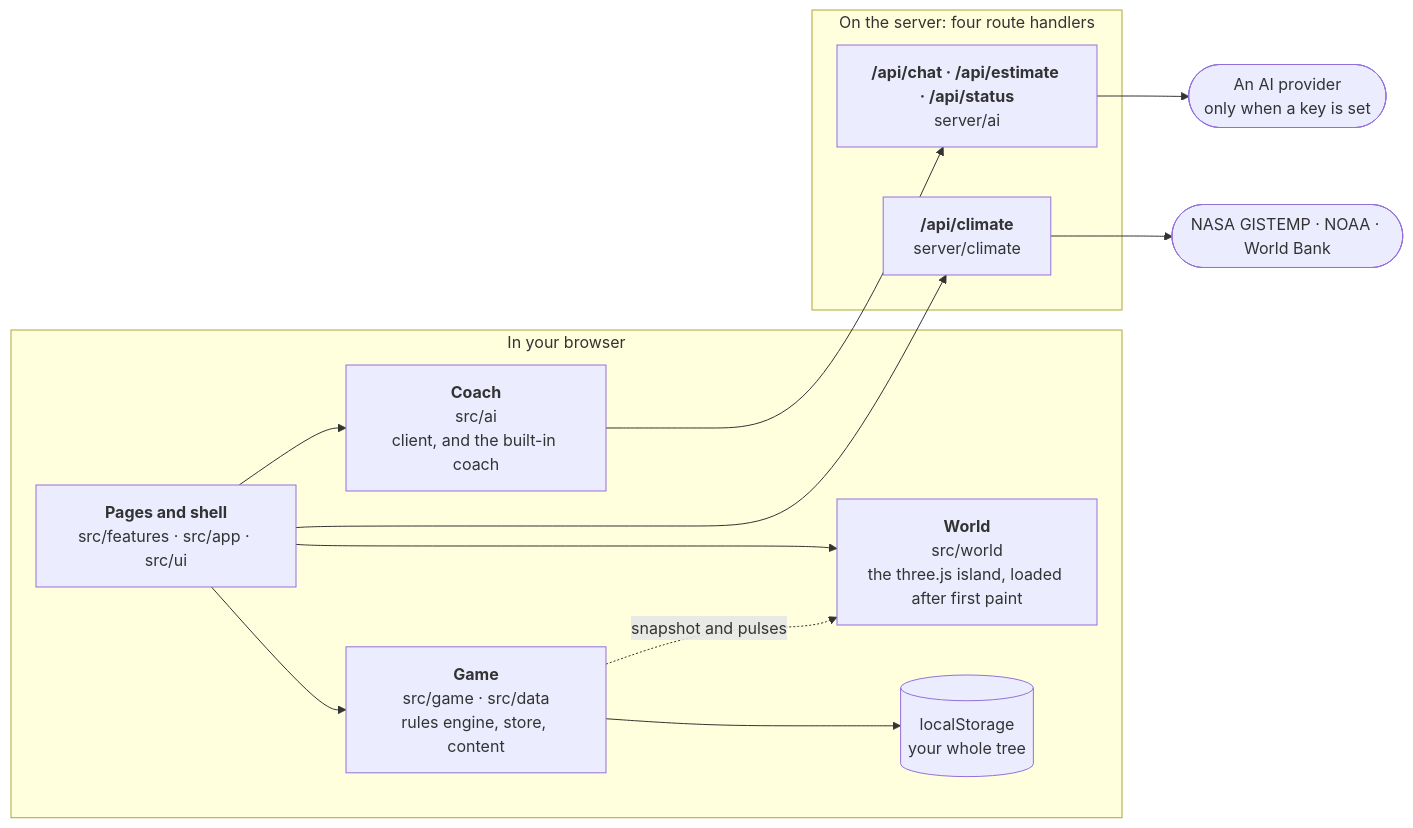
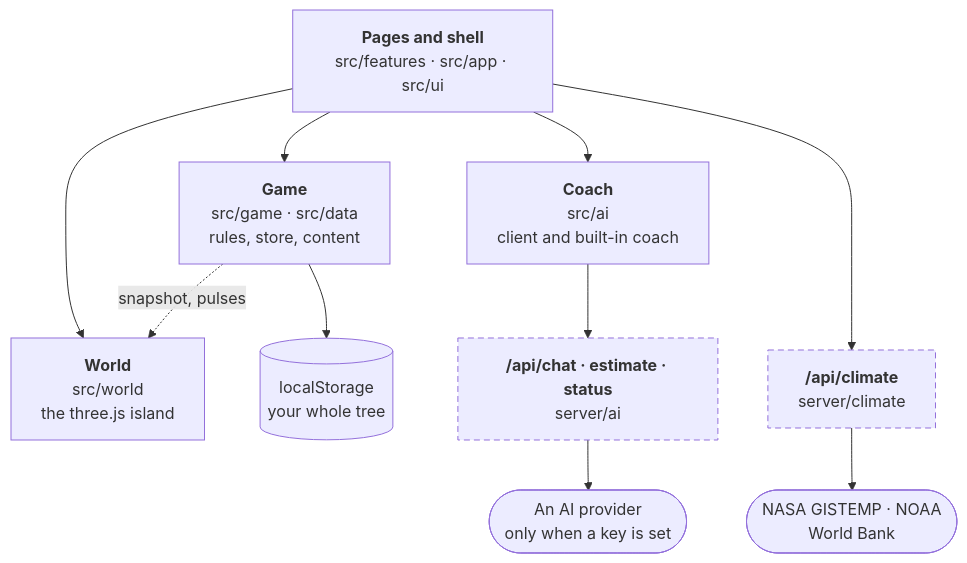
Before and after one commit to shubhamjh15/touch-grass: the second of 2 diagrams in README.md, drawn with Mermaid. The commit also changed other lines of this file, not shown here.

Commit message:
docs(readme): diagrams that stay legible at the width GitHub gives them
GitHub draws mermaid at the README's column width and re-wraps long labels, which made
the layer diagram too small to read. Both diagrams now use short lines; the layers are
three plain rows, with the server's route handlers drawn dashed.

````diff
--- a/README.md
+++ b/README.md
@@ -301,26 +301,25 @@
 ```mermaid
-flowchart LR
-    subgraph browser["In your browser"]
-        pages["<b>Pages and shell</b><br/>src/features · src/app · src/ui"]
-        game["<b>Game</b><br/>src/game · src/data<br/>rules engine, store, content"]
-        world["<b>World</b><br/>src/world<br/>the three.js island, loaded after first paint"]
-        coach["<b>Coach</b><br/>src/ai<br/>client, and the built-in coach"]
-        disk[("localStorage<br/>your whole tree")]
-    end
-    subgraph server["On the server: four route handlers"]
-        ai["<b>/api/chat · /api/estimate · /api/status</b><br/>server/ai"]
-        climate["<b>/api/climate</b><br/>server/climate"]
-    end
+flowchart TB
+    pages["<b>Pages and shell</b><br/>src/features · src/app · src/ui"]
+    game["<b>Game</b><br/>src/game · src/data<br/>rules, store, content"]
+    world["<b>World</b><br/>src/world<br/>the three.js island"]
+    coach["<b>Coach</b><br/>src/ai<br/>client and built-in coach"]
+    disk[("localStorage<br/>your whole tree")]
+    ai["<b>/api/chat · estimate · status</b><br/>server/ai"]
+    climate["<b>/api/climate</b><br/>server/climate"]
     provider(["An AI provider<br/>only when a key is set"])
-    sources(["NASA GISTEMP · NOAA · World Bank"])
+    sources(["NASA GISTEMP · NOAA<br/>World Bank"])
 
     pages --> game
     pages --> world
     pages --> coach
+    game -. "snapshot, pulses" .-> world
     game --> disk
-    game -. "snapshot and pulses" .-> world
     coach --> ai
-    pages --> climate
+    pages ---> climate
     ai --> provider
     climate --> sources
+
+    classDef server stroke-dasharray: 6 4
+    class ai,climate server
 ```
````
